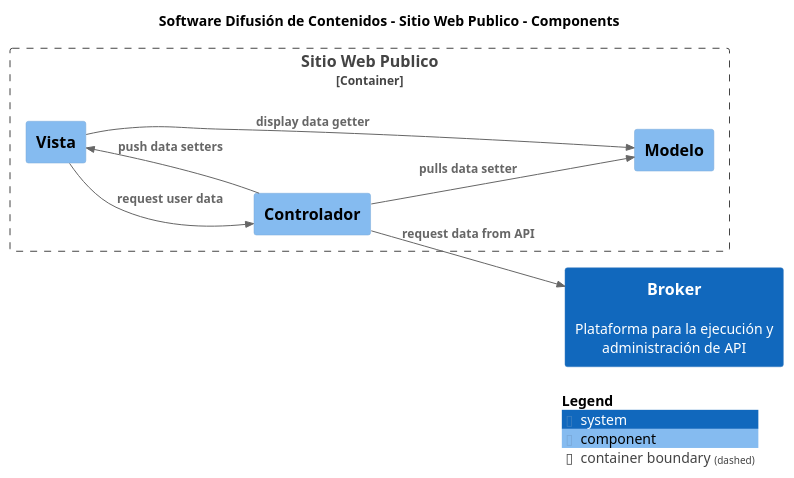
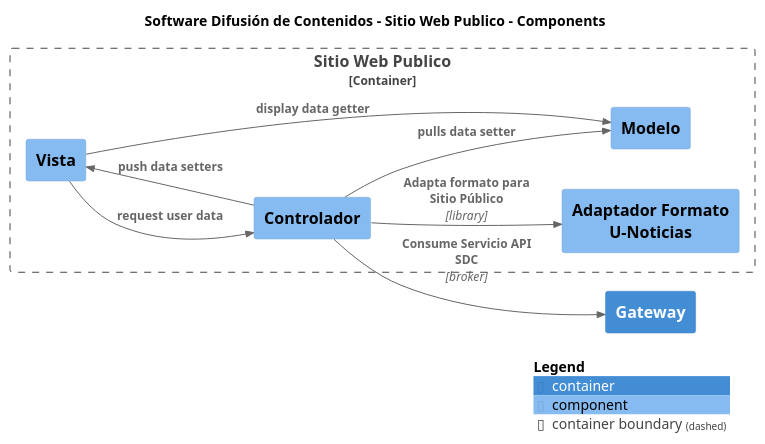
Before and after one commit to nbrx/c4-dcc-arq: the diagram in build/site/puml/Component-001-Component-001.puml, drawn with PlantUML. The commit also changed 130 other files, not shown here.

```diff
--- a/build/site/puml/Component-001-Component-001.puml
+++ b/build/site/puml/Component-001-Component-001.puml
@@ -1,28 +1,31 @@
 @startuml
 set separator none
 title Software Difusión de Contenidos - Sitio Web Publico - Components
 
 left to right direction
 
 !include <C4/C4>
 !include <C4/C4_Context>
+!include <C4/C4_Container>
 !include <C4/C4_Component>
 
 skinparam svgDimensionStyle false
 skinparam preserveAspectRatio meet
-System(Broker, "Broker", "Plataforma para la ejecución y administración de API", $tags="")[[../../broker/context/]]
+Container(SoftwareDifusióndeContenidos.Gateway, "Gateway", "", $tags="")
 
 Container_Boundary("SoftwareDifusióndeContenidos.SitioWebPublico_boundary", "Sitio Web Publico", $tags="") {
   Component(SoftwareDifusióndeContenidos.SitioWebPublico.Modelo, "Modelo", "", $tags="")
   Component(SoftwareDifusióndeContenidos.SitioWebPublico.Vista, "Vista", "", $tags="")
   Component(SoftwareDifusióndeContenidos.SitioWebPublico.Controlador, "Controlador", "", $tags="")
+  Component(SoftwareDifusióndeContenidos.SitioWebPublico.AdaptadorFormatoUNoticias, "Adaptador Formato U-Noticias", "", $tags="")
 }
 
 Rel_D(SoftwareDifusióndeContenidos.SitioWebPublico.Controlador, SoftwareDifusióndeContenidos.SitioWebPublico.Modelo, "pulls data setter", $tags="")
 Rel_D(SoftwareDifusióndeContenidos.SitioWebPublico.Controlador, SoftwareDifusióndeContenidos.SitioWebPublico.Vista, "push data setters", $tags="")
 Rel_D(SoftwareDifusióndeContenidos.SitioWebPublico.Vista, SoftwareDifusióndeContenidos.SitioWebPublico.Controlador, "request user data", $tags="")
 Rel_D(SoftwareDifusióndeContenidos.SitioWebPublico.Vista, SoftwareDifusióndeContenidos.SitioWebPublico.Modelo, "display data getter", $tags="")
-Rel_D(SoftwareDifusióndeContenidos.SitioWebPublico.Controlador, Broker, "request data from API", $tags="")
+Rel_D(SoftwareDifusióndeContenidos.SitioWebPublico.Controlador, SoftwareDifusióndeContenidos.Gateway, "Consume Servicio API SDC", "broker", $tags="")
+Rel_D(SoftwareDifusióndeContenidos.SitioWebPublico.Controlador, SoftwareDifusióndeContenidos.SitioWebPublico.AdaptadorFormatoUNoticias, "Adapta formato para Sitio Público", "library", $tags="")
 
 SHOW_LEGEND(true)
 @enduml
```
